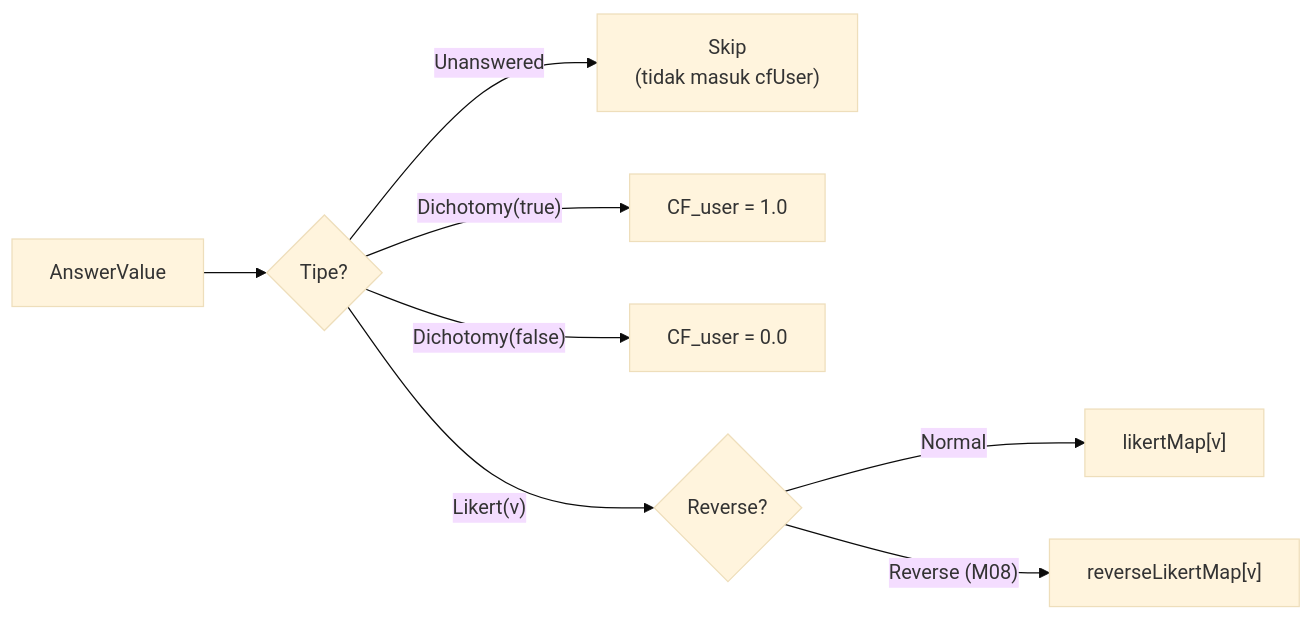
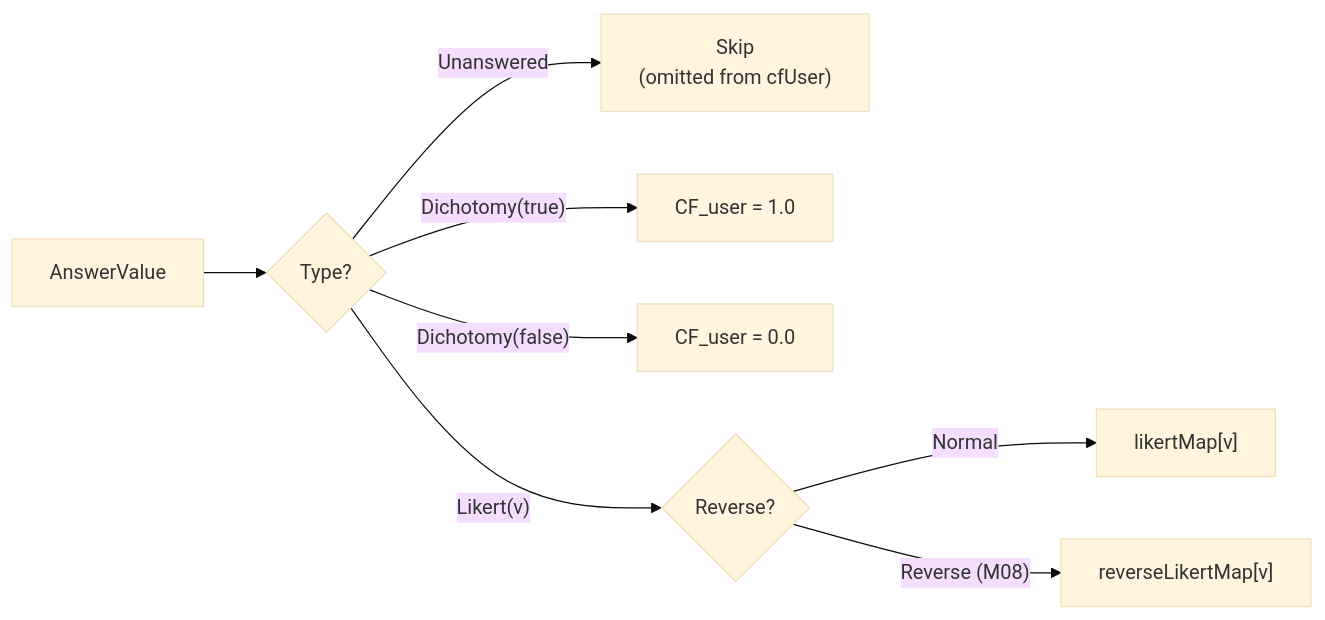
The second of 3 diagrams in EXPERT_SYSTEM.md (RestlessHozy/EmpatiForLemonade), drawn with Mermaid (base theme) before and after one commit. The commit also changed other lines of this file and 16 other files, not shown here.

Commit message:
docs: translate repository documentation and architecture specs to English

````diff
--- a/EXPERT_SYSTEM.md
+++ b/EXPERT_SYSTEM.md
@@ -198,10 +194,10 @@
 ```mermaid
 flowchart LR
-    A["AnswerValue"] --> B{Tipe?}
-    B -->|Unanswered| C["Skip<br/>(tidak masuk cfUser)"]
+    A["AnswerValue"] --> B{Type?}
+    B -->|Unanswered| C["Skip<br/>(omitted from cfUser)"]
     B -->|"Dichotomy(true)"| D["CF_user = 1.0"]
     B -->|"Dichotomy(false)"| E["CF_user = 0.0"]
     B -->|"Likert(v)"| F{Reverse?}
     F -->|Normal| G["likertMap[v]"]
     F -->|"Reverse (M08)"| H["reverseLikertMap[v]"]
 ```
````
